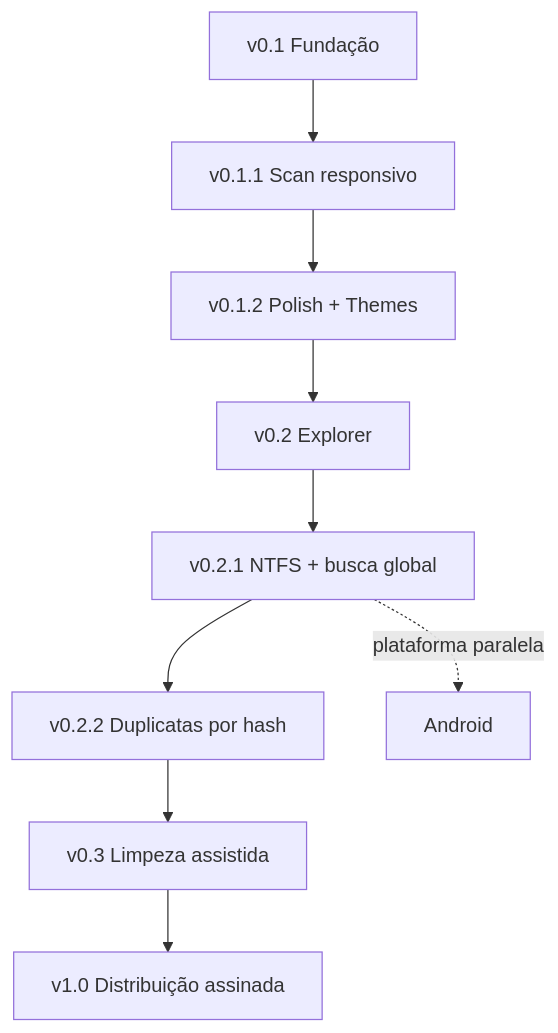
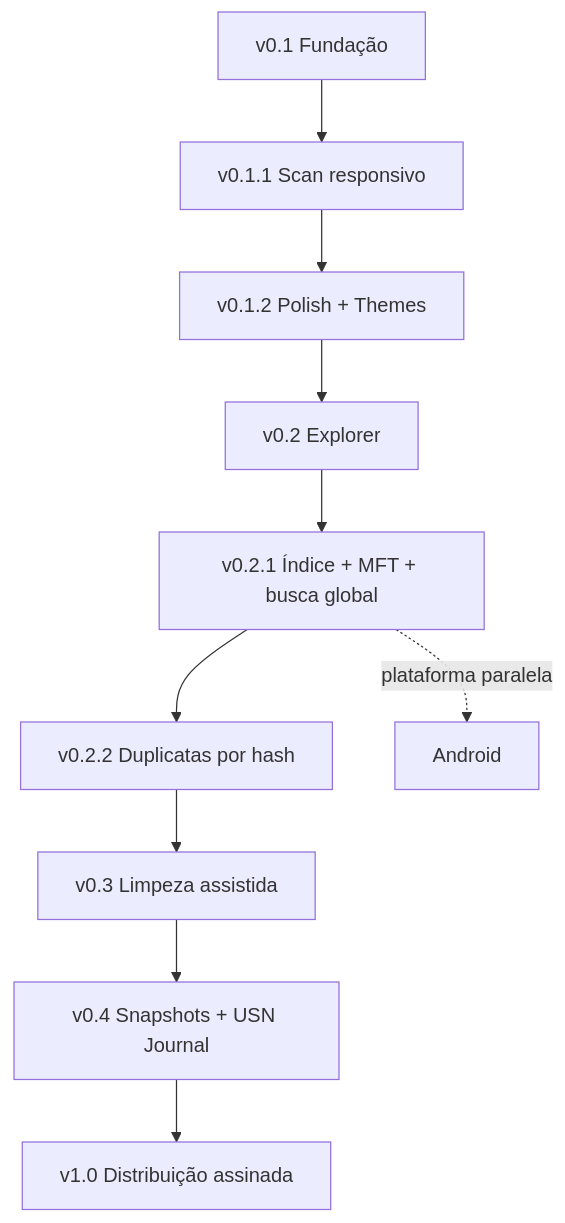
One commit to tombemol/L.I.V.I.A changed the third of 3 diagrams in README.md. Above: the diagram before and after it, drawn with Mermaid. The commit also changed other lines of this file and 8 other files, not shown here.

````diff
--- a/README.md
+++ b/README.md
@@ -139,11 +167,12 @@
 ```mermaid
 flowchart TD
     A[v0.1 Fundação] --> B[v0.1.1 Scan responsivo]
     B --> C[v0.1.2 Polish + Themes]
     C --> D[v0.2 Explorer]
-    D --> E[v0.2.1 NTFS + busca global]
+    D --> E[v0.2.1 Índice + MFT + busca global]
     E --> F[v0.2.2 Duplicatas por hash]
     F --> G[v0.3 Limpeza assistida]
-    G --> H[v1.0 Distribuição assinada]
-    E -. plataforma paralela .-> I[Android]
+    G --> H[v0.4 Snapshots + USN Journal]
+    H --> I[v1.0 Distribuição assinada]
+    E -. plataforma paralela .-> J[Android]
 ```
````
